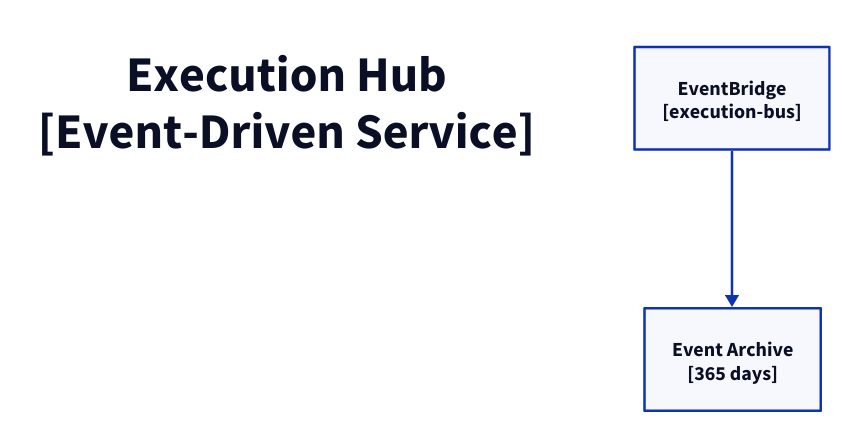
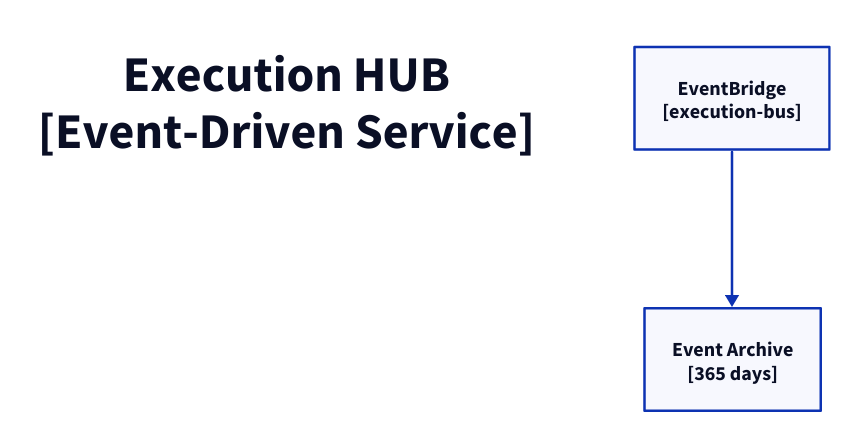
Before and after one commit to fabio-vitali/nestfolio: the diagram in docs/architecture/c3/execution-hub.d2, drawn with D2. The commit also changed 57 other files, not shown here.

Commit message:
fix: c4 diagrams fixes

```diff
--- a/docs/architecture/c3/execution-hub.d2
+++ b/docs/architecture/c3/execution-hub.d2
@@ -1,11 +1,11 @@
 direction: down
 
-title: "Execution Hub\n[Event-Driven Service]" {
+title: "Execution HUB\n[Event-Driven Service]" {
   style: { font-size: 40; bold: true; fill: transparent; stroke: transparent }
 }
 
 execution-bus: "EventBridge\n[execution-bus]" { class: aws-eventbridge }
 archive: "Event Archive\n[365 days]" { class: aws-s3 }
 execution-bus -> archive
 
 # Flows
```
